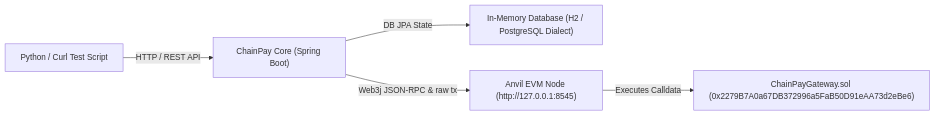
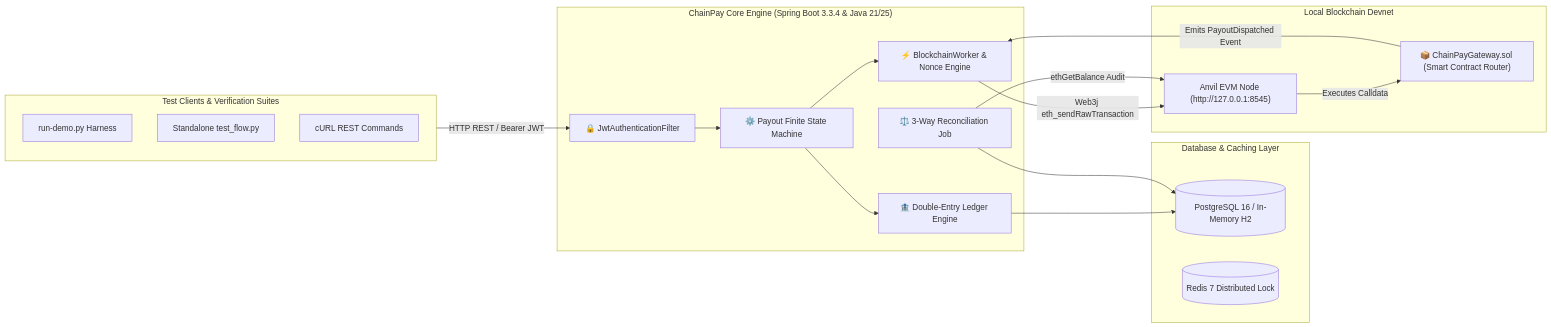
The diagram in docs/local-anvil-testing-guide.md (0xshikhar/chainpay), drawn with Mermaid before and after one commit. The commit also changed other lines of this file and 2 other files, not shown here.

Commit message:
docs: add technical documentation and update local Anvil testing guide and Readme

````diff
--- a/docs/local-anvil-testing-guide.md
+++ b/docs/local-anvil-testing-guide.md
@@ -11,7 +11,37 @@
 ```mermaid
 flowchart LR
-    A["Python / Curl Test Script"] -->|HTTP / REST API| B["ChainPay Core (Spring Boot)"]
-    B -->|DB JPA State| C["In-Memory Database (H2 / PostgreSQL Dialect)"]
-    B -->|Web3j JSON-RPC & raw tx| D["Anvil EVM Node (http://127.0.0.1:8545)"]
-    D -->|Executes Calldata| E["ChainPayGateway.sol (0x2279B7A0a67DB372996a5FaB50D91eAA73d2eBe6)"]
+    subgraph TestClients["Test Clients & Verification Suites"]
+        DemoScript["run-demo.py Harness"]
+        CustomPython["Standalone test_flow.py"]
+        CurlCLI["cURL REST Commands"]
+    end
+
+    subgraph Backend["ChainPay Core Engine (Spring Boot 3.3.4 & Java 21/25)"]
+        JWT["🔒 JwtAuthenticationFilter"]
+        FSM["⚙️ Payout Finite State Machine"]
+        Ledger["🏦 Double-Entry Ledger Engine"]
+        Worker["⚡ BlockchainWorker & Nonce Engine"]
+        Reconcile["⚖️ 3-Way Reconciliation Job"]
+    end
+
+    subgraph Storage["Database & Caching Layer"]
+        DB[(PostgreSQL 16 / In-Memory H2)]
+        Redis[(Redis 7 Distributed Lock)]
+    end
+
+    subgraph EVMNode["Local Blockchain Devnet"]
+        Anvil["Anvil EVM Node (http://127.0.0.1:8545)"]
+        Contract["📦 ChainPayGateway.sol (Smart Contract Router)"]
+    end
+
+    TestClients -->|HTTP REST / Bearer JWT| JWT
+    JWT --> FSM
+    FSM --> Ledger
+    Ledger --> DB
+    FSM --> Worker
+    Worker -->|Web3j eth_sendRawTransaction| Anvil
+    Anvil -->|Executes Calldata| Contract
+    Contract -->|Emits PayoutDispatched Event| Worker
+    Reconcile -->|ethGetBalance Audit| Anvil
+    Reconcile --> DB
 ```
````
